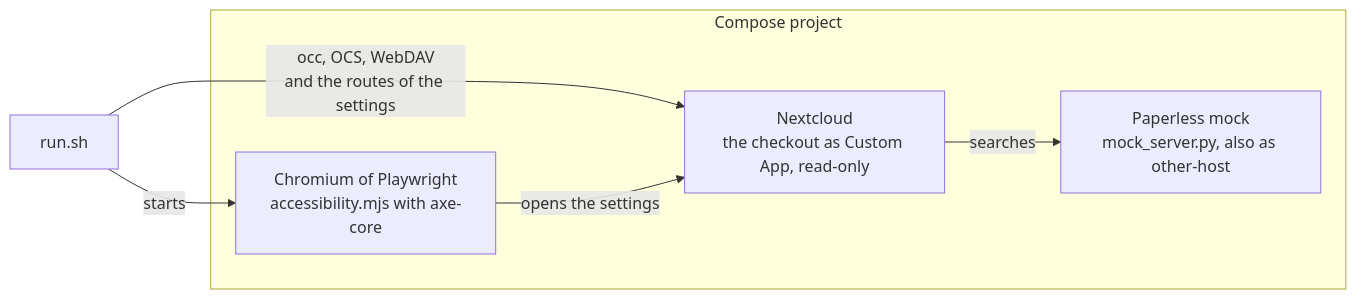
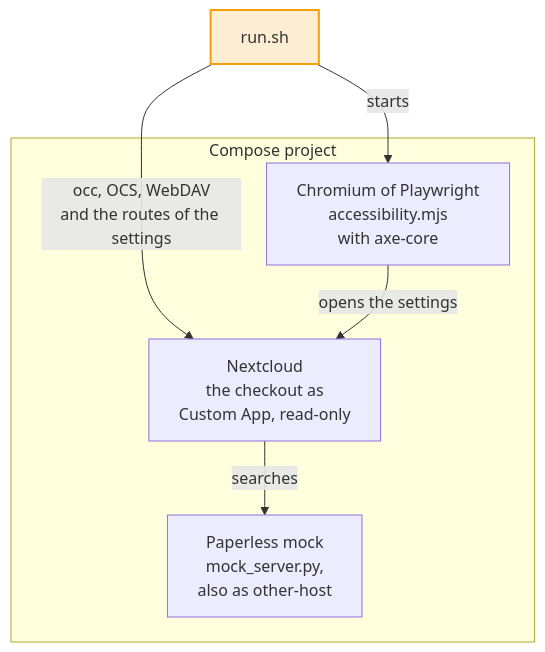
The first of 2 diagrams in tests/e2e/README.md (Dennis-Otto/paperless-unified-search), drawn with Mermaid before and after one commit. The commit also changed 9 other files, not shown here.

First line of the commit message:
docs: accessible top-to-bottom diagrams and two new ones (#105)

````diff
--- a/tests/e2e/README.md
+++ b/tests/e2e/README.md
@@ -5,13 +5,25 @@
 ```mermaid
-flowchart LR
+---
+config:
+  flowchart:
+    wrappingWidth: 400
+    nodeSpacing: 30
+---
+flowchart TB
+    accTitle: The end-to-end tests
+    accDescr: run.sh starts a Compose project with Nextcloud, which has the checkout as a read-only Custom App, a mock of Paperless, mock_server.py, which also answers as other-host, and the Chromium of Playwright with accessibility.mjs and axe-core. run.sh drives Nextcloud through occ, OCS, WebDAV and the routes of the settings and starts the browser; Nextcloud searches the mock, and the browser opens the settings of the app.
+
     run["run.sh"]
     subgraph compose["Compose project"]
-        nextcloud["Nextcloud<br/>the checkout as Custom App, read-only"]
-        mock["Paperless mock<br/>mock_server.py, also as other-host"]
-        browser["Chromium of Playwright<br/>accessibility.mjs with axe-core"]
+        nextcloud["Nextcloud<br/>the checkout as<br/>Custom App, read-only"]
+        mock["Paperless mock<br/>mock_server.py,<br/>also as other-host"]
+        browser["Chromium of Playwright<br/>accessibility.mjs<br/>with axe-core"]
     end
     run -- "occ, OCS, WebDAV<br/>and the routes of the settings" --> nextcloud
     run -- "starts" --> browser
     nextcloud -- "searches" --> mock
     browser -- "opens the settings" --> nextcloud
+
+    classDef person fill:#f59e0b2e,stroke:#f59e0b,stroke-width:2px
+    class run person
 ```
````
